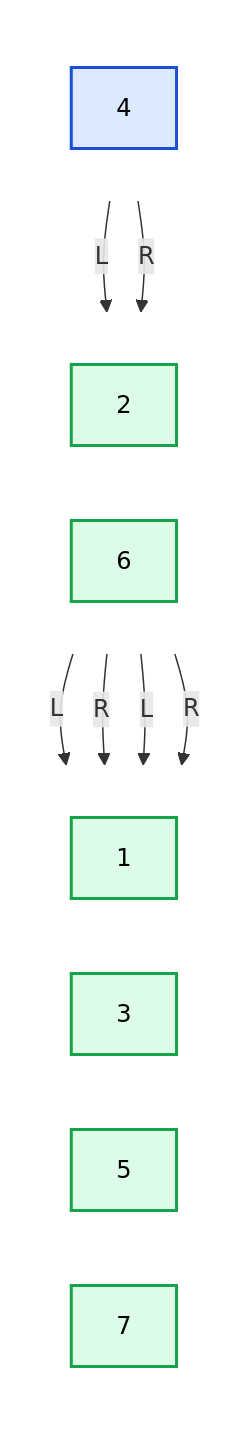
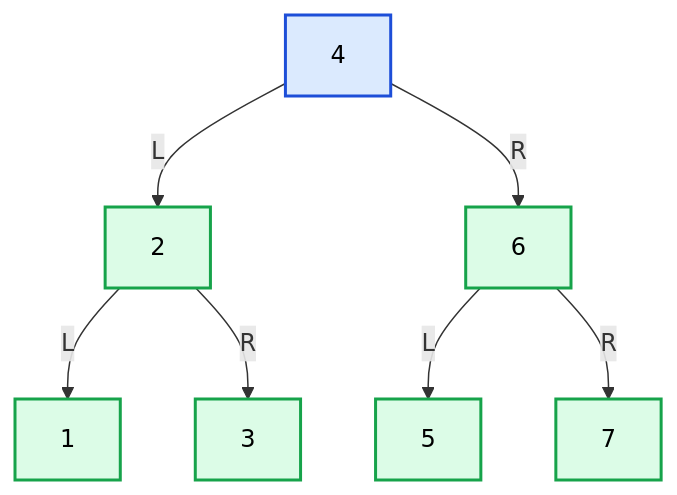
The fourth of 6 diagrams in knowledge/linux/data_structures/红黑树_rb-tree/P04_为什么_BST_会退化.md (FormingSystem/linux_note), drawn with Mermaid before and after one commit. The commit also changed other lines of this file and 5 other files, not shown here.

First line of the commit message:
fix(repository/mermaid): 修复跨渲染器树图布局

````diff
--- a/knowledge/linux/data_structures/红黑树_rb-tree/P04_为什么_BST_会退化.md
+++ b/knowledge/linux/data_structures/红黑树_rb-tree/P04_为什么_BST_会退化.md
@@ -381,38 +317,26 @@
 ```mermaid
 graph TD
-	subgraph level0[" "]
-		direction LR
 		A["4"]
-	end
 
-	subgraph level1[" "]
-		direction LR
 		B["2"]
 		C["6"]
-	end
 
-	subgraph level2[" "]
-		direction LR
 		D["1"]
 		E["3"]
 		F["5"]
 		G["7"]
-	end
 
 	A -->|L| B
 	A -->|R| C
 	B -->|L| D
 	B -->|R| E
 	C -->|L| F
 	C -->|R| G
 
 	classDef root_node fill:#dbeafe,stroke:#1d4ed8,stroke-width:2px,color:#000;
 	classDef normal_node fill:#dcfce7,stroke:#16a34a,stroke-width:2px,color:#000;
 
 	class A root_node;
 	class B,C,D,E,F,G normal_node;
 
-	style level0 fill:transparent,stroke:transparent;
-	style level1 fill:transparent,stroke:transparent;
-	style level2 fill:transparent,stroke:transparent;
 ```
````
